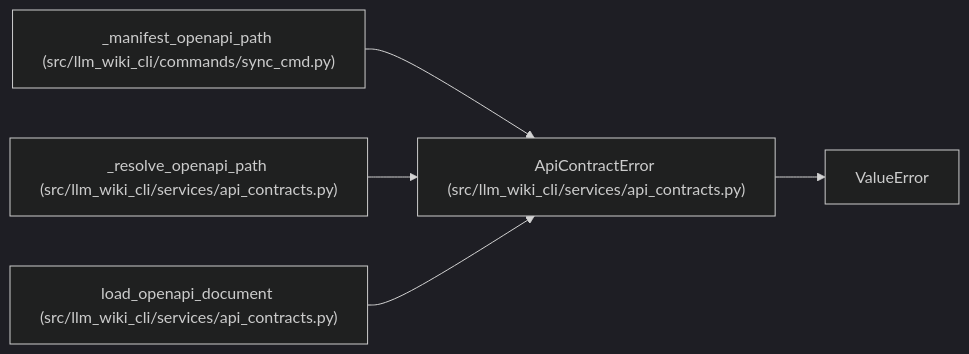
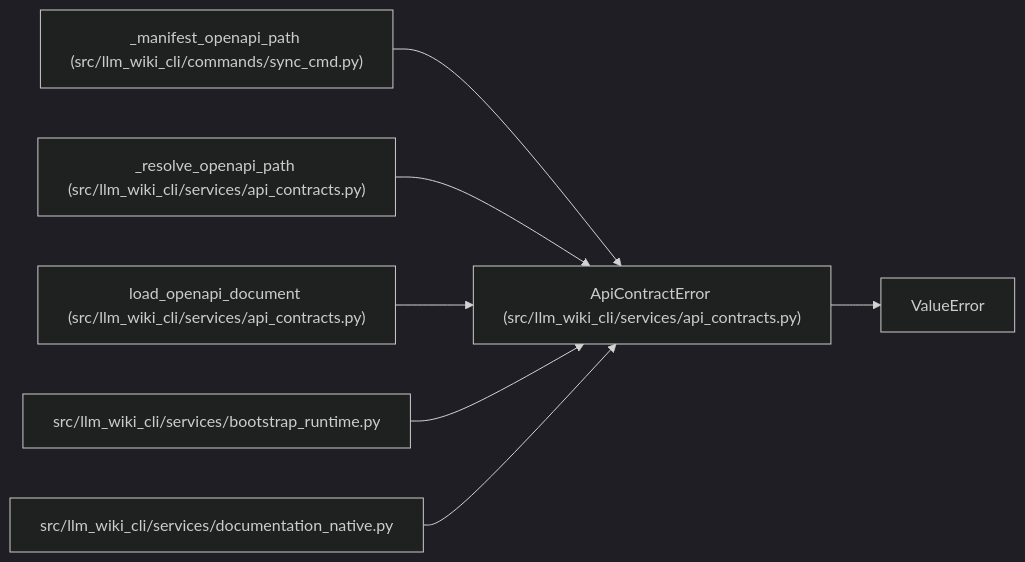
Before and after one commit to Denissvgn/python-wiki-llm: the diagram in docs/llm_wiki/entities/ApiContractError.md, drawn with Mermaid (dark theme). The commit also changed other lines of this file and 493 other files, not shown here.

````diff
--- a/docs/llm_wiki/entities/ApiContractError.md
+++ b/docs/llm_wiki/entities/ApiContractError.md
@@ -23,16 +23,22 @@
 ```mermaid
 flowchart LR
     n0["ApiContractError (src/llm_wiki_cli/services/api_contracts.py)"]
     n1["ValueError"]
     n2["_manifest_openapi_path (src/llm_wiki_cli/commands/sync_cmd.py)"]
     n3["_resolve_openapi_path (src/llm_wiki_cli/services/api_contracts.py)"]
     n4["load_openapi_document (src/llm_wiki_cli/services/api_contracts.py)"]
+    n5["src/llm_wiki_cli/services/bootstrap_runtime.py"]
+    n6["src/llm_wiki_cli/services/documentation_native.py"]
     n0 --> n1
     n2 --> n0
     n3 --> n0
     n4 --> n0
+    n5 --> n0
+    n6 --> n0
     click n0 "../modules/api_contracts.md"
     click n2 "../modules/sync_cmd.md"
     click n3 "../modules/api_contracts.md"
     click n4 "../modules/api_contracts.md"
+    click n5 "../modules/bootstrap_runtime.md"
+    click n6 "../modules/documentation_native.md"
 ```
````
